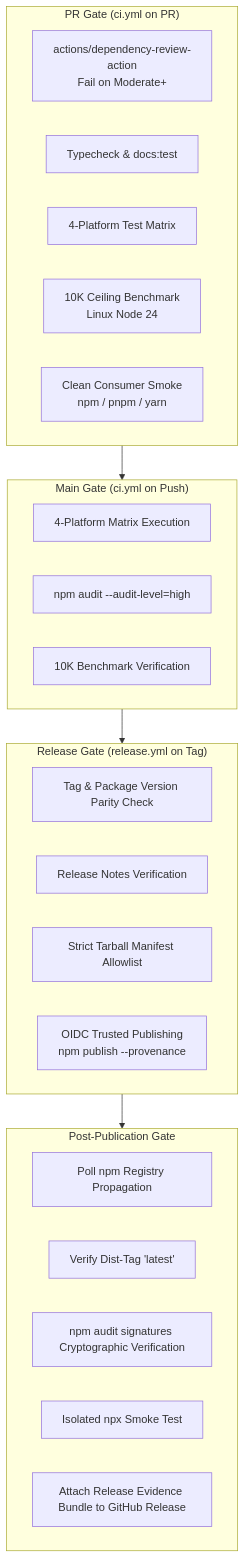
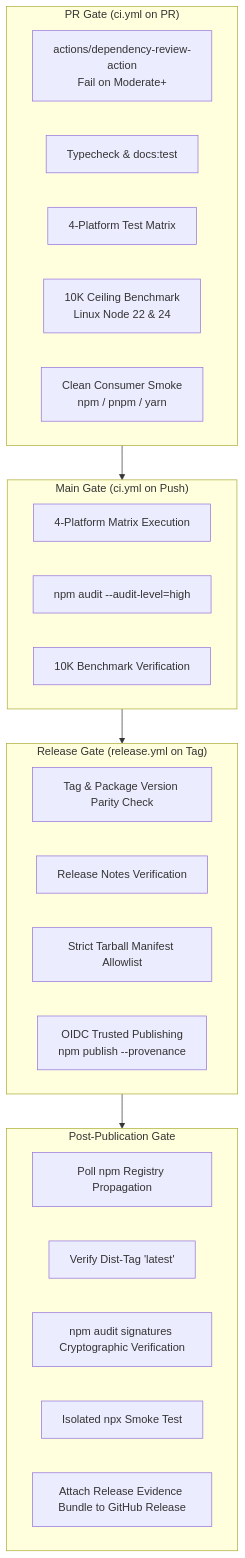
Before and after one commit to elchupanebrej/ariadne: the third of 4 diagrams in .scratch/production-readiness/spec.md, drawn with Mermaid. The commit also changed other lines of this file and 16 other files, not shown here.

Commit message:
feat: enforce supported ceiling benchmark corpus

````diff
--- a/.scratch/production-readiness/spec.md
+++ b/.scratch/production-readiness/spec.md
@@ -495,33 +495,33 @@
 ```mermaid
 flowchart TD
     subgraph PRGate["PR Gate (ci.yml on PR)"]
         PR1[actions/dependency-review-action<br/>Fail on Moderate+]
         PR2[Typecheck & docs:test]
         PR3[4-Platform Test Matrix]
-        PR4[10K Ceiling Benchmark<br/>Linux Node 24]
+        PR4[10K Ceiling Benchmark<br/>Linux Node 22 & 24]
         PR5[Clean Consumer Smoke<br/>npm / pnpm / yarn]
     end
 
     subgraph MainGate["Main Gate (ci.yml on Push)"]
         M1[4-Platform Matrix Execution]
         M2[npm audit --audit-level=high]
         M3[10K Benchmark Verification]
     end
 
     subgraph ReleaseGate["Release Gate (release.yml on Tag)"]
         R1[Tag & Package Version Parity Check]
         R2[Release Notes Verification]
         R3[Strict Tarball Manifest Allowlist]
         R4[OIDC Trusted Publishing<br/>npm publish --provenance]
     end
 
     subgraph PostPublish["Post-Publication Gate"]
         PP1[Poll npm Registry Propagation]
         PP2[Verify Dist-Tag 'latest']
         PP3[npm audit signatures Cryptographic Verification]
         PP4[Isolated npx Smoke Test]
         PP5[Attach Release Evidence Bundle to GitHub Release]
     end
 
     PRGate --> MainGate --> ReleaseGate --> PostPublish
 ```
````
